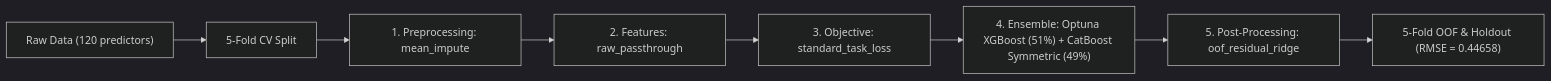
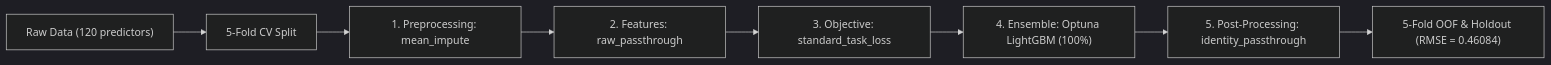
One commit to stefanoclss/UM-Game-Playing-Strength-of-MCTS-Variants changed the diagram in README.md. Above: the diagram before and after it, drawn with Mermaid (dark theme). The commit also changed other lines of this file, not shown here.

First line of the commit message:
docs(readme): refresh verified OOF benchmark & build ledger (RMSE=0.46084)

````diff
--- a/README.md
+++ b/README.md
@@ -75,10 +69,10 @@
 ```mermaid
 flowchart LR
     DATA["Raw Data (120 predictors)"] --> SPLIT["5-Fold CV Split"]
     SPLIT --> PRE["1. Preprocessing: mean_impute"]
     PRE --> FEAT["2. Features: raw_passthrough"]
     FEAT --> OBJ["3. Objective: standard_task_loss"]
-    OBJ --> M0["4. Ensemble: Optuna XGBoost (51%) + CatBoost Symmetric (49%)"]
-    M0 --> POST["5. Post-Processing: oof_residual_ridge"]
-    POST --> OUT["5-Fold OOF & Holdout (RMSE = 0.44658)"]
+    OBJ --> M0["4. Ensemble: Optuna LightGBM (100%)"]
+    M0 --> POST["5. Post-Processing: identity_passthrough"]
+    POST --> OUT["5-Fold OOF & Holdout (RMSE = 0.46084)"]
 ```
````
